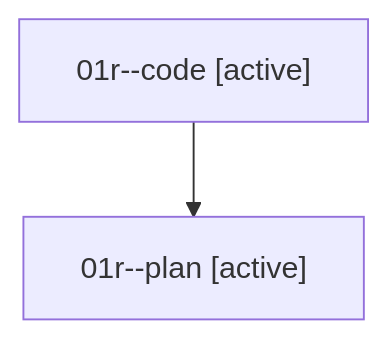
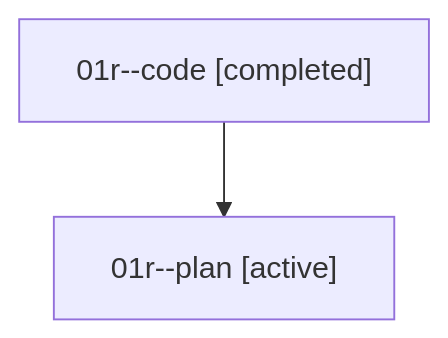
Before and after one commit to sase-org/sase--agents: the diagram in sessions/bbugyi200.athena.01r.md, drawn with Mermaid. The commit also changed other lines of this file and 6 other files, not shown here.

````diff
--- a/sessions/bbugyi200.athena.01r.md
+++ b/sessions/bbugyi200.athena.01r.md
@@ -9,6 +9,6 @@
 ```mermaid
 flowchart TD
-  n0["01r--code [active]"]
+  n0["01r--code [completed]"]
   n1["01r--plan [active]"]
   n0 --> n1
 ```
````
